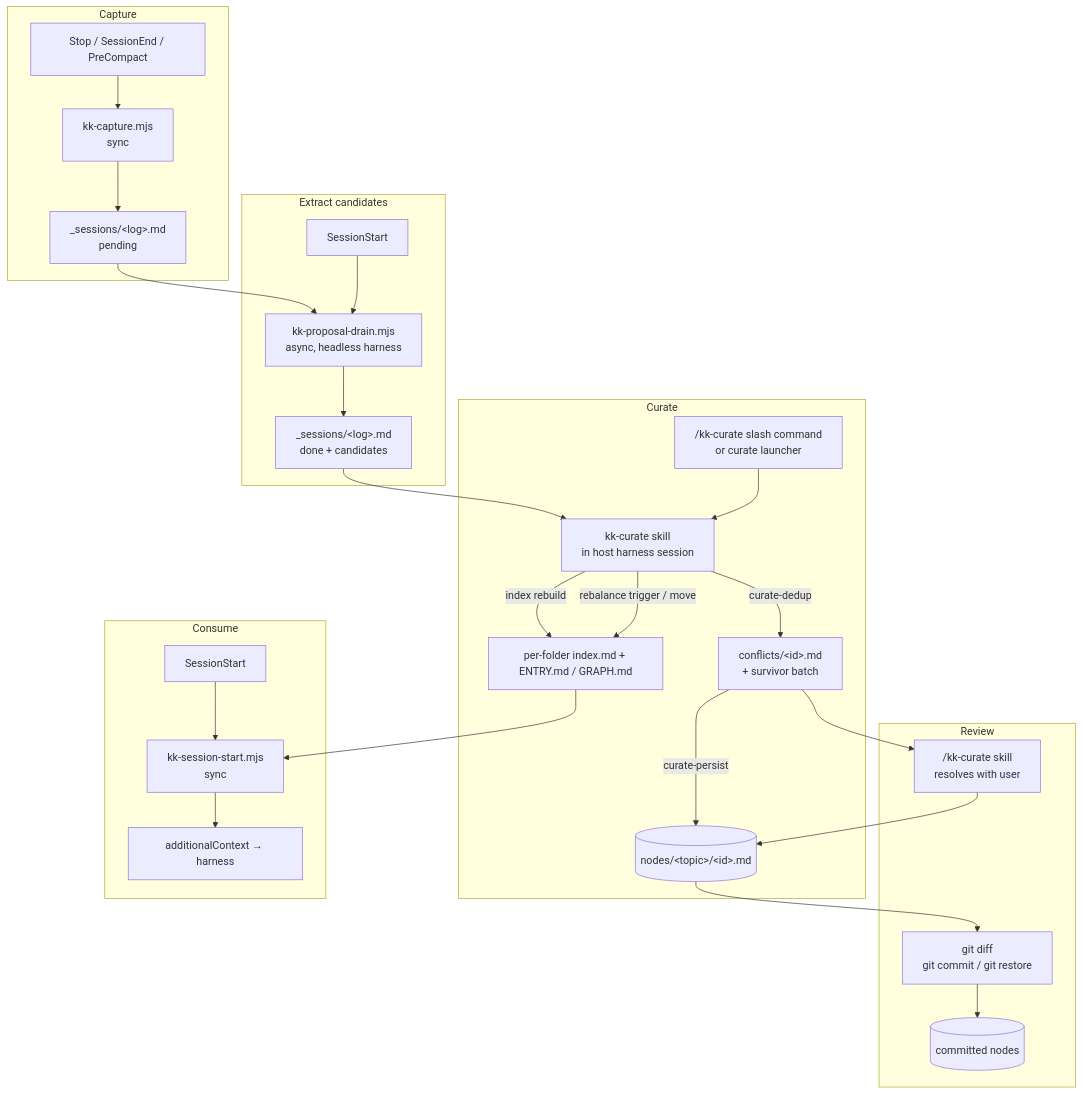
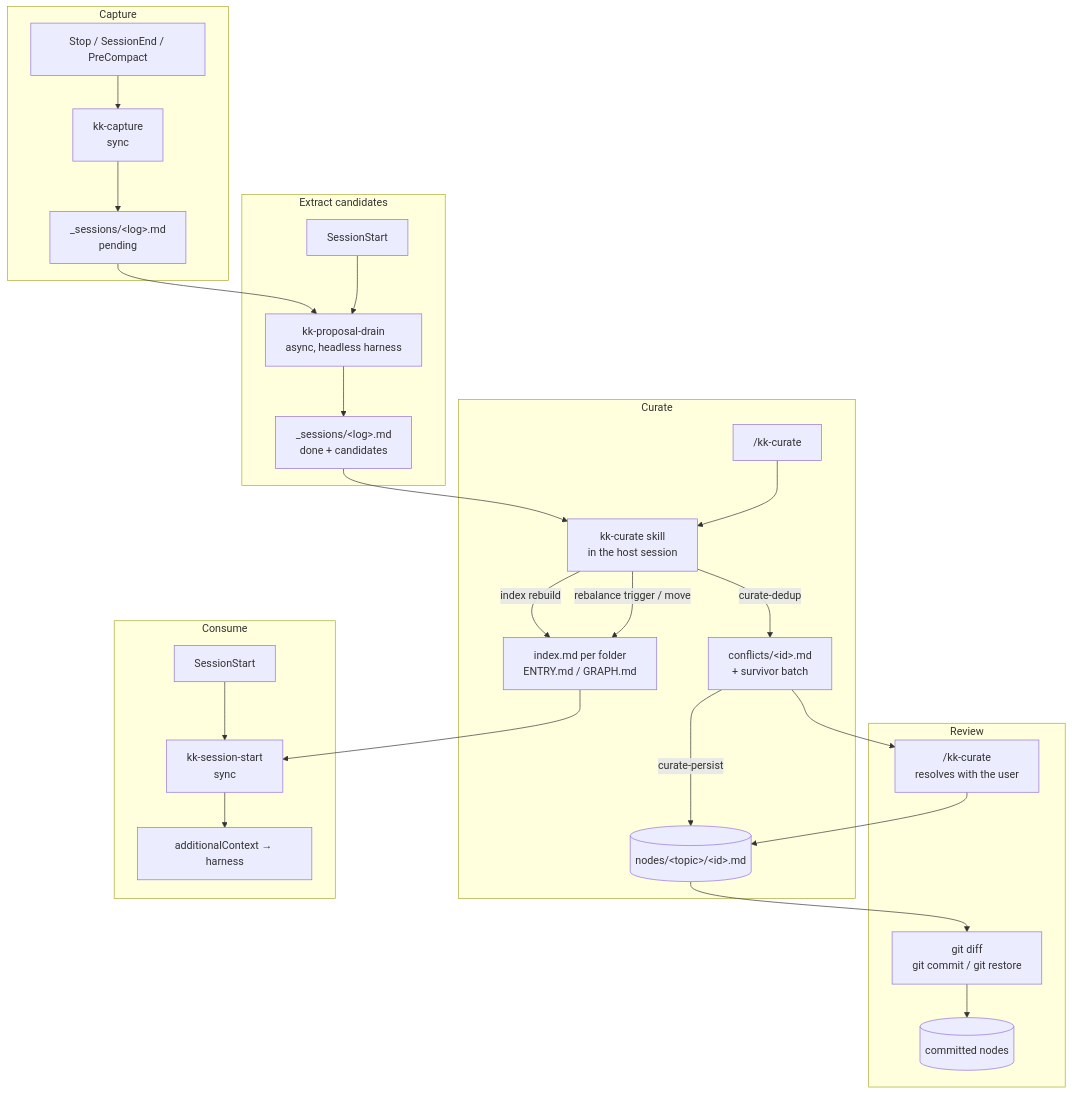
The diagram in docs/internals/architecture.md (e0ipso/kenkeep), drawn with Mermaid before and after one commit. The commit also changed other lines of this file and 31 other files, not shown here.

````diff
--- a/docs/internals/architecture.md
+++ b/docs/internals/architecture.md
@@ -44,35 +35,35 @@
 ```mermaid
 flowchart TB
     subgraph capture[Capture]
-        H1[Stop / SessionEnd / PreCompact] --> KB1[kk-capture.mjs<br/>sync]
+        H1[Stop / SessionEnd / PreCompact] --> KB1[kk-capture<br/>sync]
         KB1 --> SL[_sessions/&lt;log&gt;.md<br/>pending]
     end
 
     subgraph extract[Extract candidates]
-        SS1[SessionStart] --> KB2[kk-proposal-drain.mjs<br/>async, headless harness]
+        SS1[SessionStart] --> KB2[kk-proposal-drain<br/>async, headless harness]
         SL --> KB2
         KB2 --> SLD[_sessions/&lt;log&gt;.md<br/>done + candidates]
     end
 
     subgraph curate[Curate]
-        UC["/kk-curate slash command<br/>or curate launcher"] --> KB3[kk-curate skill<br/>in host harness session]
+        UC["/kk-curate"] --> KB3[kk-curate skill<br/>in the host session]
         SLD --> KB3
         KB3 -->|curate-dedup| PC[conflicts/&lt;id&gt;.md<br/>+ survivor batch]
         PC -->|curate-persist| NODES[(nodes/&lt;topic&gt;/&lt;id&gt;.md)]
-        KB3 -->|rebalance trigger / move| IDX[per-folder index.md + ENTRY.md / GRAPH.md]
+        KB3 -->|rebalance trigger / move| IDX[index.md per folder<br/>ENTRY.md / GRAPH.md]
         KB3 -->|index rebuild| IDX
     end
 
     subgraph review[Review]
         NODES --> RV[git diff<br/>git commit / git restore]
-        PC --> SK["/kk-curate skill<br/>resolves with user"]
+        PC --> SK["/kk-curate<br/>resolves with the user"]
         SK --> NODES
         RV --> COMMIT[(committed nodes)]
     end
 
     subgraph consume[Consume]
-        SS2[SessionStart] --> KB4[kk-session-start.mjs<br/>sync]
+        SS2[SessionStart] --> KB4[kk-session-start<br/>sync]
         IDX --> KB4
         KB4 --> CTX[additionalContext → harness]
     end
 ```
````
